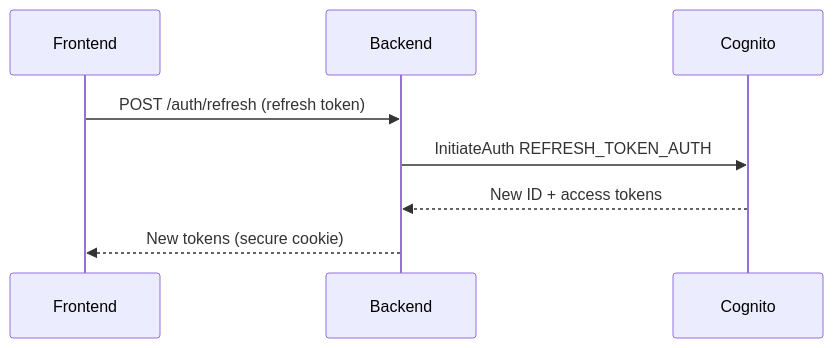
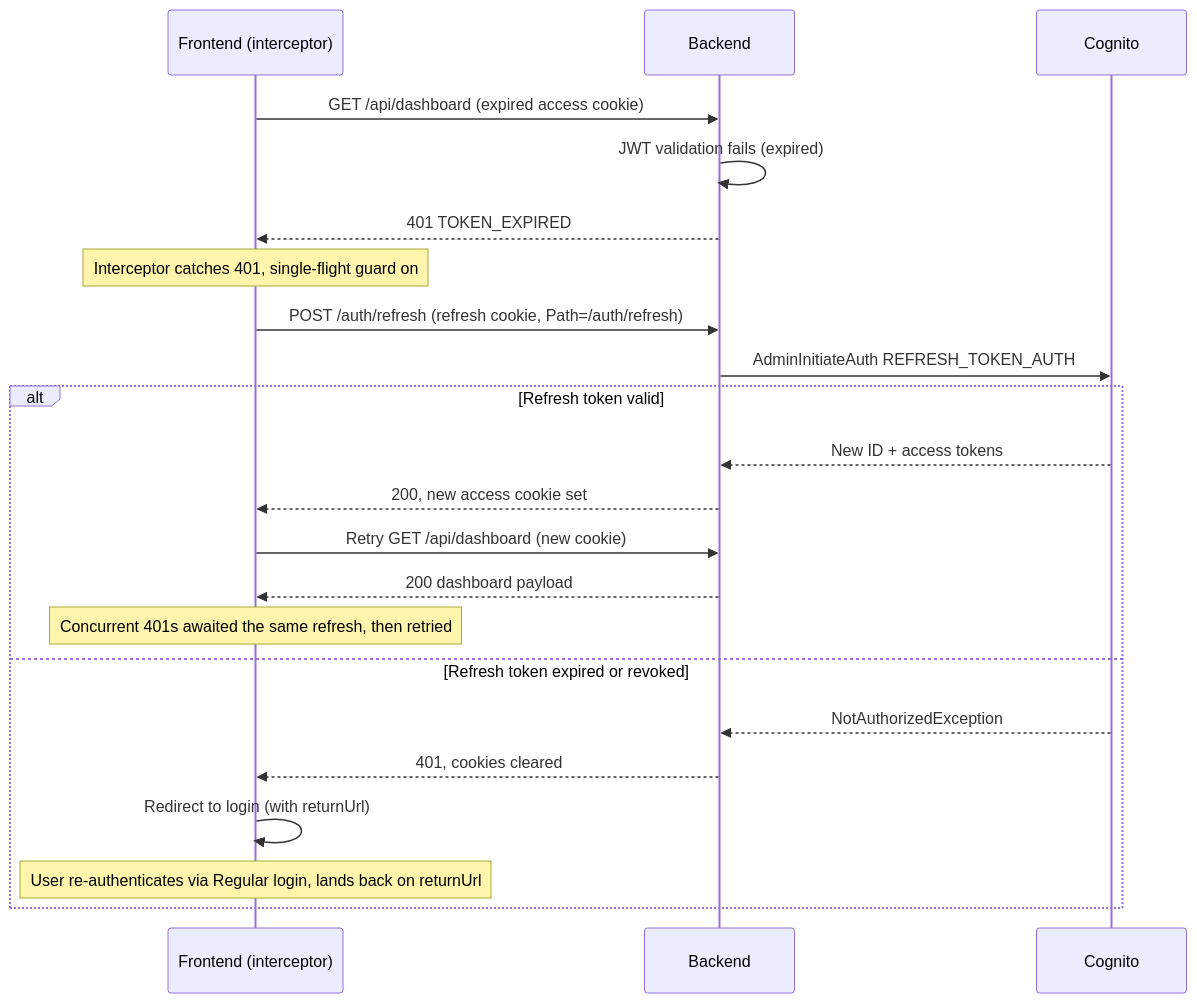
One commit to ditnice/aws-UKPS changed the fourth of 4 diagrams in documentation/auth/sequences.md. Above: the diagram before and after it, drawn with Mermaid. The commit also changed other lines of this file, not shown here.

Commit message:
Extended diagrams to be more explicit and informative for implementation

````diff
--- a/documentation/auth/sequences.md
+++ b/documentation/auth/sequences.md
@@ -75,10 +101,24 @@
 ```mermaid
 sequenceDiagram
-    participant F as Frontend
+    participant F as Frontend (interceptor)
     participant B as Backend
     participant C as Cognito
-    F->>B: POST /auth/refresh (refresh token)
-    B->>C: InitiateAuth REFRESH_TOKEN_AUTH
-    C-->>B: New ID + access tokens
-    B-->>F: New tokens (secure cookie)
+    F->>B: GET /api/dashboard (expired access cookie)
+    B->>B: JWT validation fails (expired)
+    B-->>F: 401 TOKEN_EXPIRED
+    Note over F: Interceptor catches 401, single-flight guard on
+    F->>B: POST /auth/refresh (refresh cookie, Path=/auth/refresh)
+    B->>C: AdminInitiateAuth REFRESH_TOKEN_AUTH
+    alt Refresh token valid
+        C-->>B: New ID + access tokens
+        B-->>F: 200, new access cookie set
+        F->>B: Retry GET /api/dashboard (new cookie)
+        B-->>F: 200 dashboard payload
+        Note over F: Concurrent 401s awaited the same refresh, then retried
+    else Refresh token expired or revoked
+        C-->>B: NotAuthorizedException
+        B-->>F: 401, cookies cleared
+        F->>F: Redirect to login (with returnUrl)
+        Note over F: User re-authenticates via Regular login, lands back on returnUrl
+    end
 ```
````
